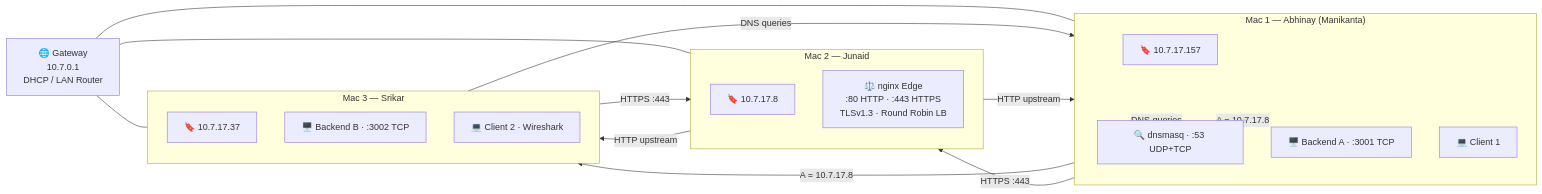
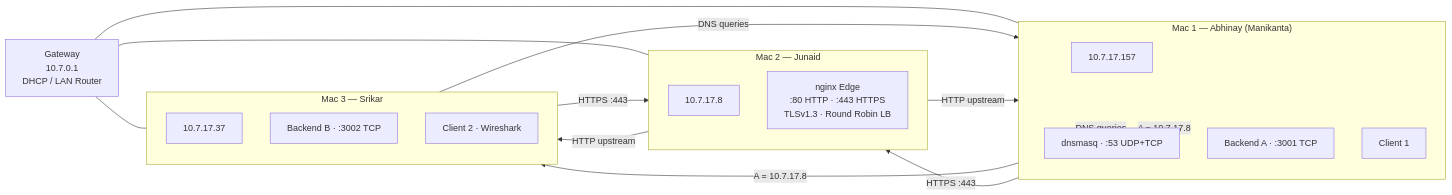
The first of 4 diagrams in docs/IP-INVENTORY.md (Smanikanta21/CN-PROJECT), drawn with Mermaid before and after one commit. The commit also changed other lines of this file and 3 other files, not shown here.

Commit message:
refactor: removed every hexcode from markdown documentation and diagrams

````diff
--- a/docs/IP-INVENTORY.md
+++ b/docs/IP-INVENTORY.md
@@ -5,40 +5,40 @@
 ```mermaid
 graph LR
-    GW["🌐 Gateway\n10.7.0.1\nDHCP / LAN Router"]
+    GW[" Gateway\n10.7.0.1\nDHCP / LAN Router"]
 
     subgraph Mac1["Mac 1 — Abhinay (Manikanta)"]
         direction TB
-        M1IP["🔖 10.7.17.157"]
-        M1DNS["🔍 dnsmasq · :53 UDP+TCP"]
-        M1BE["🖥️ Backend A · :3001 TCP"]
-        M1C["💻 Client 1"]
+        M1IP[" 10.7.17.157"]
+        M1DNS[" dnsmasq · :53 UDP+TCP"]
+        M1BE[" Backend A · :3001 TCP"]
+        M1C[" Client 1"]
     end
 
     subgraph Mac2["Mac 2 — Junaid"]
         direction TB
-        M2IP["🔖 10.7.17.8"]
-        M2EDGE["⚖️ nginx Edge\n:80 HTTP · :443 HTTPS\nTLSv1.3 · Round Robin LB"]
+        M2IP[" 10.7.17.8"]
+        M2EDGE[" nginx Edge\n:80 HTTP · :443 HTTPS\nTLSv1.3 · Round Robin LB"]
     end
 
     subgraph Mac3["Mac 3 — Srikar"]
         direction TB
-        M3IP["🔖 10.7.17.37"]
-        M3BE["🖥️ Backend B · :3002 TCP"]
-        M3C["💻 Client 2 · Wireshark"]
+        M3IP[" 10.7.17.37"]
+        M3BE[" Backend B · :3002 TCP"]
+        M3C[" Client 2 · Wireshark"]
     end
 
     GW --- Mac1
     GW --- Mac2
     GW --- Mac3
 
     Mac1 -- "DNS queries" --> M1DNS
     Mac3 -- "DNS queries" --> M1DNS
     M1DNS -- "A = 10.7.17.8" --> Mac1
     M1DNS -- "A = 10.7.17.8" --> Mac3
 
     Mac1 -- "HTTPS :443" --> M2EDGE
     Mac3 -- "HTTPS :443" --> M2EDGE
 
     M2EDGE -- "HTTP upstream" --> M1BE
     M2EDGE -- "HTTP upstream" --> M3BE
 ```
````
